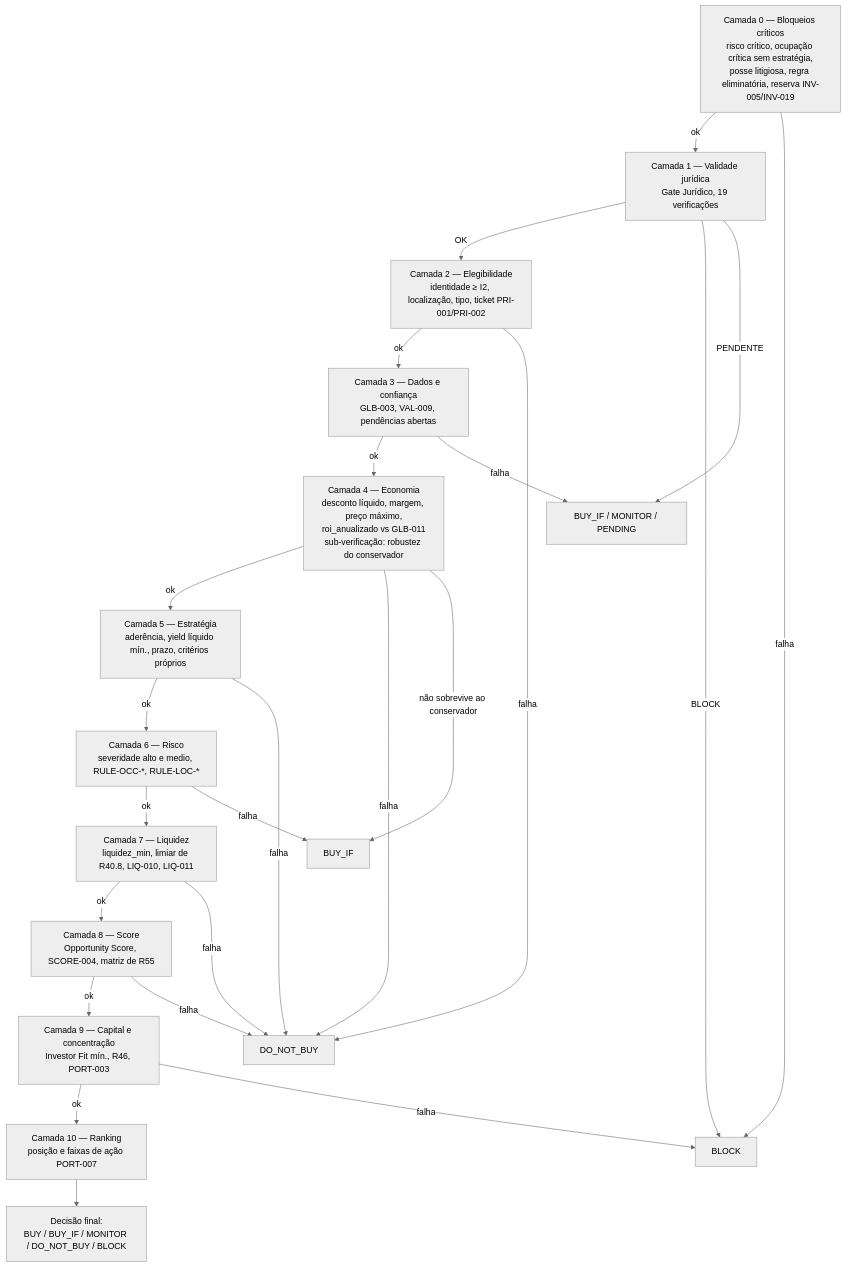
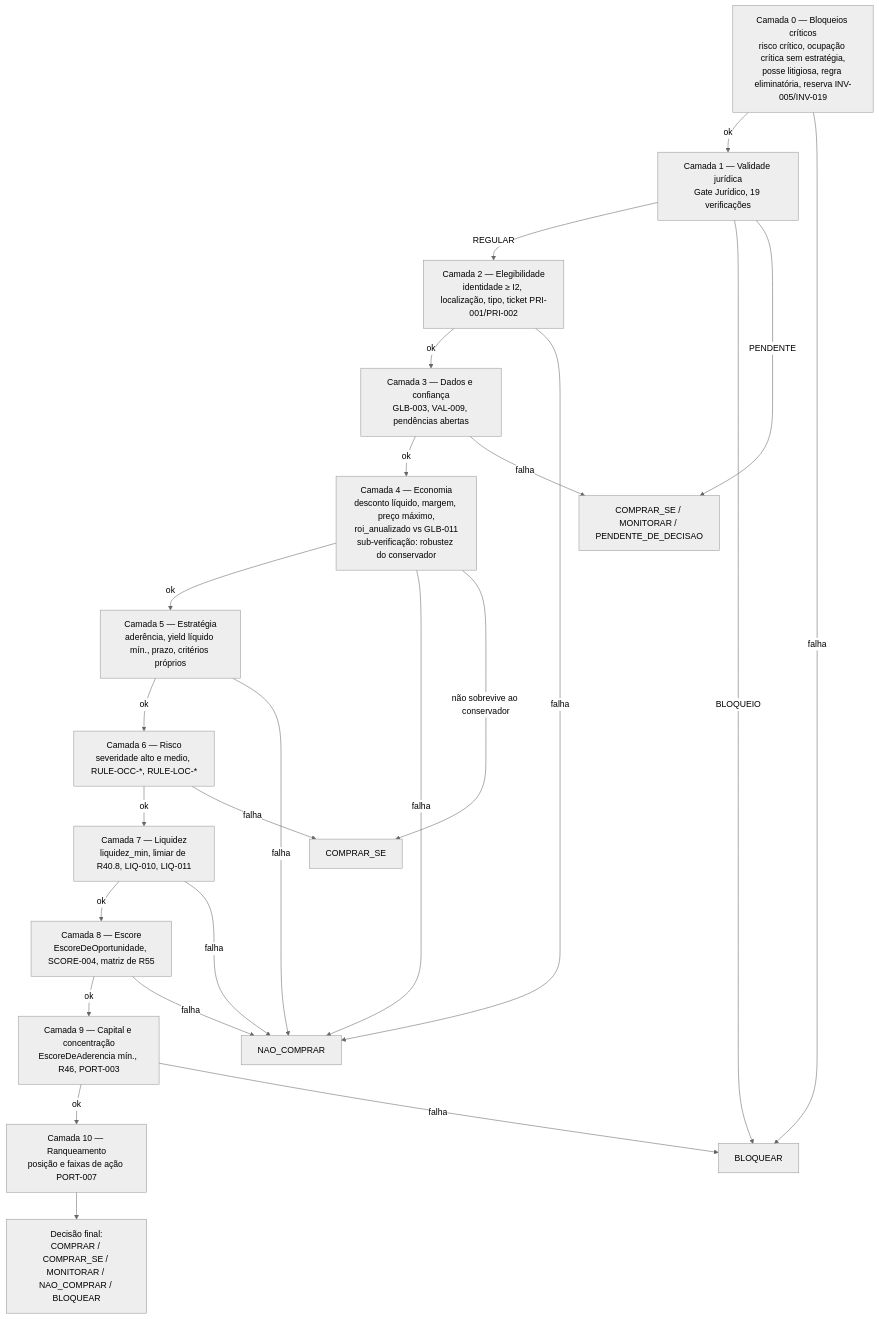
The fourth of 5 diagrams in .kiro/specs/radar-imobiliario-especificacao-completa/design.md (jabesfelipe/kiro-leilao), drawn with Mermaid (neutral theme) before and after one commit. The commit also changed other lines of this file and 2 other files, not shown here.

````diff
--- a/.kiro/specs/radar-imobiliario-especificacao-completa/design.md
+++ b/.kiro/specs/radar-imobiliario-especificacao-completa/design.md
@@ -280,26 +557,26 @@
 ```mermaid
 flowchart TD
     L0["Camada 0 — Bloqueios críticos<br/>risco crítico, ocupação crítica sem estratégia,<br/>posse litigiosa, regra eliminatória, reserva INV-005/INV-019"] -->|ok| L1
-    L0 -->|falha| OUT_BLOCK[BLOCK]
-    L1["Camada 1 — Validade jurídica<br/>Gate Jurídico, 19 verificações"] -->|OK| L2
-    L1 -->|BLOCK| OUT_BLOCK
-    L1 -->|PENDENTE| OUT_PEND[BUY_IF / MONITOR / PENDING]
+    L0 -->|falha| OUT_BLOCK[BLOQUEAR]
+    L1["Camada 1 — Validade jurídica<br/>Gate Jurídico, 19 verificações"] -->|REGULAR| L2
+    L1 -->|BLOQUEIO| OUT_BLOCK
+    L1 -->|PENDENTE| OUT_PEND[COMPRAR_SE / MONITORAR / PENDENTE_DE_DECISAO]
     L2["Camada 2 — Elegibilidade<br/>identidade ≥ I2, localização, tipo, ticket PRI-001/PRI-002"] -->|ok| L3
-    L2 -->|falha| OUT_DNB[DO_NOT_BUY]
+    L2 -->|falha| OUT_DNB[NAO_COMPRAR]
     L3["Camada 3 — Dados e confiança<br/>GLB-003, VAL-009, pendências abertas"] -->|ok| L4
     L3 -->|falha| OUT_PEND
     L4["Camada 4 — Economia<br/>desconto líquido, margem, preço máximo,<br/>roi_anualizado vs GLB-011<br/>sub-verificação: robustez do conservador"] -->|ok| L5
     L4 -->|falha| OUT_DNB
-    L4 -->|não sobrevive ao conservador| OUT_BUYIF[BUY_IF]
+    L4 -->|não sobrevive ao conservador| OUT_BUYIF[COMPRAR_SE]
     L5["Camada 5 — Estratégia<br/>aderência, yield líquido mín., prazo, critérios próprios"] -->|ok| L6
     L5 -->|falha| OUT_DNB
     L6["Camada 6 — Risco<br/>severidade alto e medio, RULE-OCC-*, RULE-LOC-*"] -->|ok| L7
     L6 -->|falha| OUT_BUYIF
     L7["Camada 7 — Liquidez<br/>liquidez_min, limiar de R40.8, LIQ-010, LIQ-011"] -->|ok| L8
     L7 -->|falha| OUT_DNB
-    L8["Camada 8 — Score<br/>Opportunity Score, SCORE-004, matriz de R55"] -->|ok| L9
+    L8["Camada 8 — Escore<br/>EscoreDeOportunidade, SCORE-004, matriz de R55"] -->|ok| L9
     L8 -->|falha| OUT_DNB
-    L9["Camada 9 — Capital e concentração<br/>Investor Fit mín., R46, PORT-003"] -->|ok| L10
+    L9["Camada 9 — Capital e concentração<br/>EscoreDeAderencia mín., R46, PORT-003"] -->|ok| L10
     L9 -->|falha| OUT_BLOCK
-    L10["Camada 10 — Ranking<br/>posição e faixas de ação PORT-007"] --> OUT[Decisão final:<br/>BUY / BUY_IF / MONITOR / DO_NOT_BUY / BLOCK]
+    L10["Camada 10 — Ranqueamento<br/>posição e faixas de ação PORT-007"] --> OUT[Decisão final:<br/>COMPRAR / COMPRAR_SE / MONITORAR / NAO_COMPRAR / BLOQUEAR]
 ```
````
